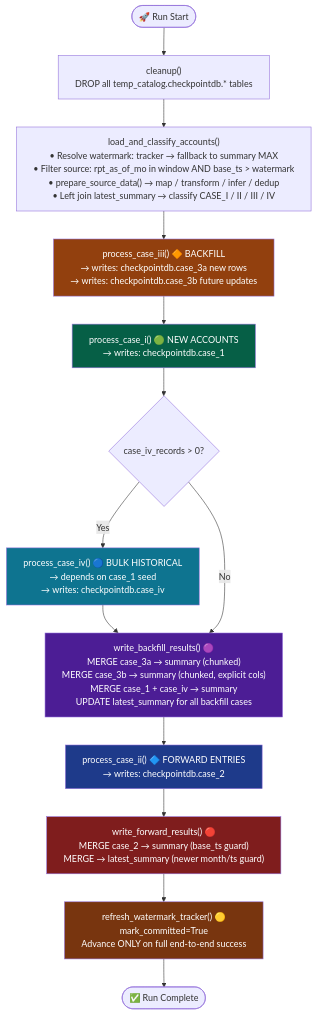
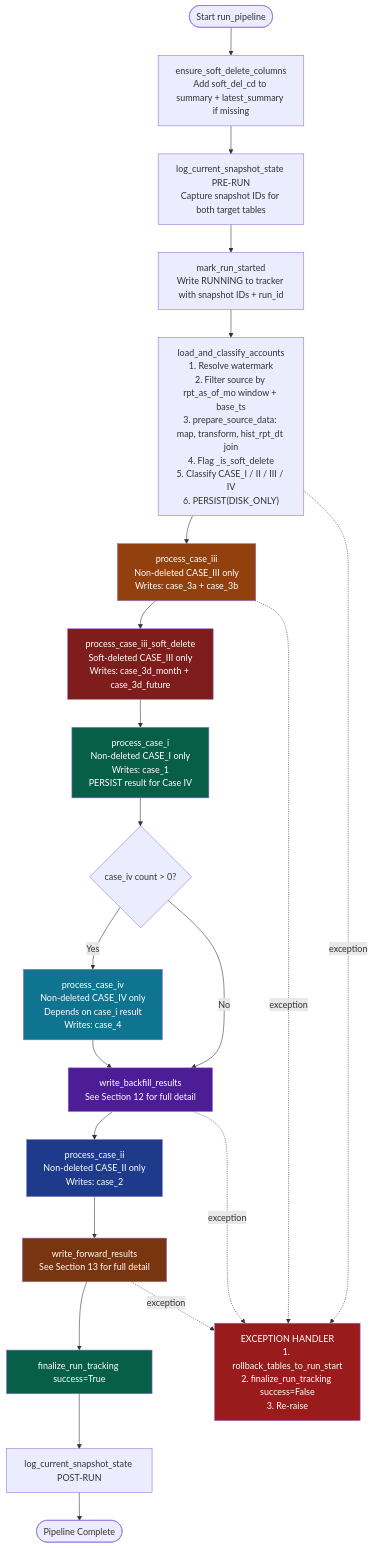
The first of 5 diagrams in main/production_docs/DESIGN_DOCUMENT.md (Bibinbennyhex/DataDominion), drawn with Mermaid before and after one commit. The commit also changed other lines of this file and 4 other files, not shown here.

````diff
--- a/main/production_docs/DESIGN_DOCUMENT.md
+++ b/main/production_docs/DESIGN_DOCUMENT.md
@@ -161,29 +140,41 @@
 ```mermaid
-%%{init: {"flowchart": {"useMaxWidth": true, "wrappingWidth": 800}} }%%
+%%{init: {"flowchart": {"useMaxWidth": true}} }%%
 graph TD
-    A(["🚀 Run Start"])
-    B["cleanup()<br/>DROP all temp_catalog.checkpointdb.* tables"]
-    C["load_and_classify_accounts()<br/>• Resolve watermark: tracker → fallback to summary MAX<br/>• Filter source: rpt_as_of_mo in window AND base_ts > watermark<br/>• prepare_source_data() → map / transform / infer / dedup<br/>• Left join latest_summary → classify CASE_I / II / III / IV"]
-    D["process_case_iii() 🔶 BACKFILL<br/>→ writes: checkpointdb.case_3a new rows<br/>→ writes: checkpointdb.case_3b future updates"]
-    E["process_case_i() 🟢 NEW ACCOUNTS<br/>→ writes: checkpointdb.case_1"]
-    F{"case_iv_records > 0?"}
-    G["process_case_iv() 🔵 BULK HISTORICAL<br/>→ depends on case_1 seed<br/>→ writes: checkpointdb.case_iv"]
-    H["write_backfill_results() 🟣<br/>MERGE case_3a → summary (chunked)<br/>MERGE case_3b → summary (chunked, explicit cols)<br/>MERGE case_1 + case_iv → summary<br/>UPDATE latest_summary for all backfill cases"]
-    I["process_case_ii() 🔷 FORWARD ENTRIES<br/>→ writes: checkpointdb.case_2"]
-    J["write_forward_results() 🔴<br/>MERGE case_2 → summary (base_ts guard)<br/>MERGE → latest_summary (newer month/ts guard)"]
-    K["refresh_watermark_tracker() 🟡<br/>mark_committed=True<br/>Advance ONLY on full end-to-end success"]
-    Z(["✅ Run Complete"])
+    A(["Start run_pipeline"])
+    A0["ensure_soft_delete_columns<br/>Add soft_del_cd to summary + latest_summary if missing"]
+    A1["log_current_snapshot_state PRE-RUN<br/>Capture snapshot IDs for both target tables"]
+    A2["mark_run_started<br/>Write RUNNING to tracker with snapshot IDs + run_id"]
+    C["load_and_classify_accounts<br/>1. Resolve watermark<br/>2. Filter source by rpt_as_of_mo window + base_ts<br/>3. prepare_source_data: map, transform, hist_rpt_dt join<br/>4. Flag _is_soft_delete<br/>5. Classify CASE_I / II / III / IV<br/>6. PERSIST(DISK_ONLY)"]
+    D["process_case_iii<br/>Non-deleted CASE_III only<br/>Writes: case_3a + case_3b"]
+    D2["process_case_iii_soft_delete<br/>Soft-deleted CASE_III only<br/>Writes: case_3d_month + case_3d_future"]
+    E["process_case_i<br/>Non-deleted CASE_I only<br/>Writes: case_1<br/>PERSIST result for Case IV"]
+    F{"case_iv count > 0?"}
+    G["process_case_iv<br/>Non-deleted CASE_IV only<br/>Depends on case_i result<br/>Writes: case_4"]
+    H["write_backfill_results<br/>See Section 12 for full detail"]
+    I["process_case_ii<br/>Non-deleted CASE_II only<br/>Writes: case_2"]
+    J["write_forward_results<br/>See Section 13 for full detail"]
+    K["finalize_run_tracking success=True"]
+    K2["log_current_snapshot_state POST-RUN"]
+    Z(["Pipeline Complete"])
+    ERR["EXCEPTION HANDLER<br/>1. rollback_tables_to_run_start<br/>2. finalize_run_tracking success=False<br/>3. Re-raise"]
 
-    A --> B --> C --> D --> E --> F
+    A --> A0 --> A1 --> A2 --> C
+    C --> D --> D2 --> E --> F
     F -- Yes --> G --> H
     F -- No --> H
-    H --> I --> J --> K --> Z
+    H --> I --> J --> K --> K2 --> Z
+    C -.->|exception| ERR
+    D -.->|exception| ERR
+    H -.->|exception| ERR
+    J -.->|exception| ERR
 
     style D fill:#92400e,color:#fff
+    style D2 fill:#7f1d1d,color:#fff
     style E fill:#065f46,color:#fff
     style G fill:#0e7490,color:#fff
     style H fill:#4c1d95,color:#fff
     style I fill:#1e3a8a,color:#fff
-    style J fill:#7f1d1d,color:#fff
-    style K fill:#78350f,color:#fff
+    style J fill:#78350f,color:#fff
+    style K fill:#065f46,color:#fff
+    style ERR fill:#991b1b,color:#fff
 ```
````
